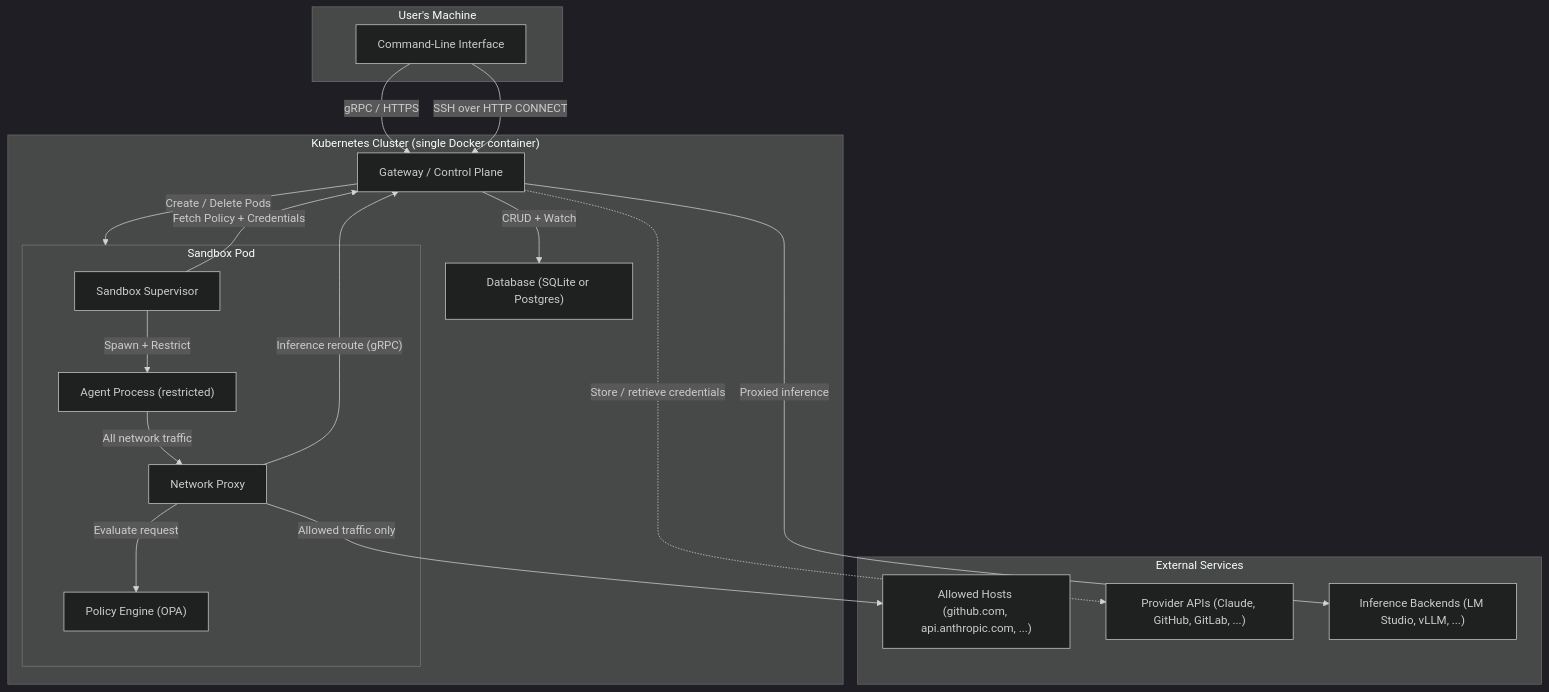
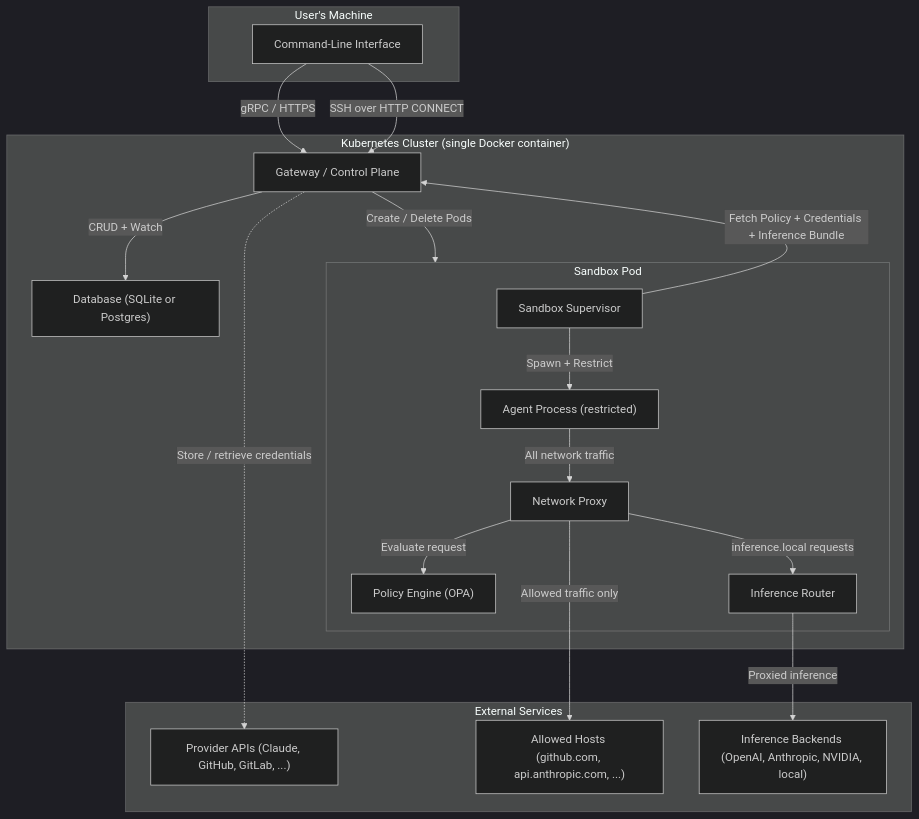
The diagram in architecture/README.md (NVIDIA/OpenShell), drawn with Mermaid (dark theme) before and after one commit. The commit also changed other lines of this file and 50 other files, not shown here.

First line of the commit message:
refactor(inference): simplify routing — introduce inference.local, remove implicit catch-all [skip ci]

````diff
--- a/architecture/README.md
+++ b/architecture/README.md
@@ -15,37 +15,38 @@
 ```mermaid
 flowchart TB
     subgraph USER["User's Machine"]
         CLI["Command-Line Interface"]
     end
 
     subgraph CLUSTER["Kubernetes Cluster (single Docker container)"]
         SERVER["Gateway / Control Plane"]
         DB["Database (SQLite or Postgres)"]
 
         subgraph SBX["Sandbox Pod"]
             SUPERVISOR["Sandbox Supervisor"]
             PROXY["Network Proxy"]
+            ROUTER["Inference Router"]
             CHILD["Agent Process (restricted)"]
             OPA["Policy Engine (OPA)"]
         end
     end
 
     subgraph EXT["External Services"]
         HOSTS["Allowed Hosts (github.com, api.anthropic.com, ...)"]
         CREDS["Provider APIs (Claude, GitHub, GitLab, ...)"]
-        BACKEND["Inference Backends (LM Studio, vLLM, ...)"]
+        BACKEND["Inference Backends (OpenAI, Anthropic, NVIDIA, local)"]
     end
 
     CLI -- "gRPC / HTTPS" --> SERVER
     CLI -- "SSH over HTTP CONNECT" --> SERVER
     SERVER -- "CRUD + Watch" --> DB
     SERVER -- "Create / Delete Pods" --> SBX
-    SUPERVISOR -- "Fetch Policy + Credentials" --> SERVER
+    SUPERVISOR -- "Fetch Policy + Credentials + Inference Bundle" --> SERVER
     SUPERVISOR -- "Spawn + Restrict" --> CHILD
     CHILD -- "All network traffic" --> PROXY
     PROXY -- "Evaluate request" --> OPA
     PROXY -- "Allowed traffic only" --> HOSTS
-    PROXY -- "Inference reroute (gRPC)" --> SERVER
-    SERVER -- "Proxied inference" --> BACKEND
+    PROXY -- "inference.local requests" --> ROUTER
+    ROUTER -- "Proxied inference" --> BACKEND
     SERVER -. "Store / retrieve credentials" .-> CREDS
 ```
````
